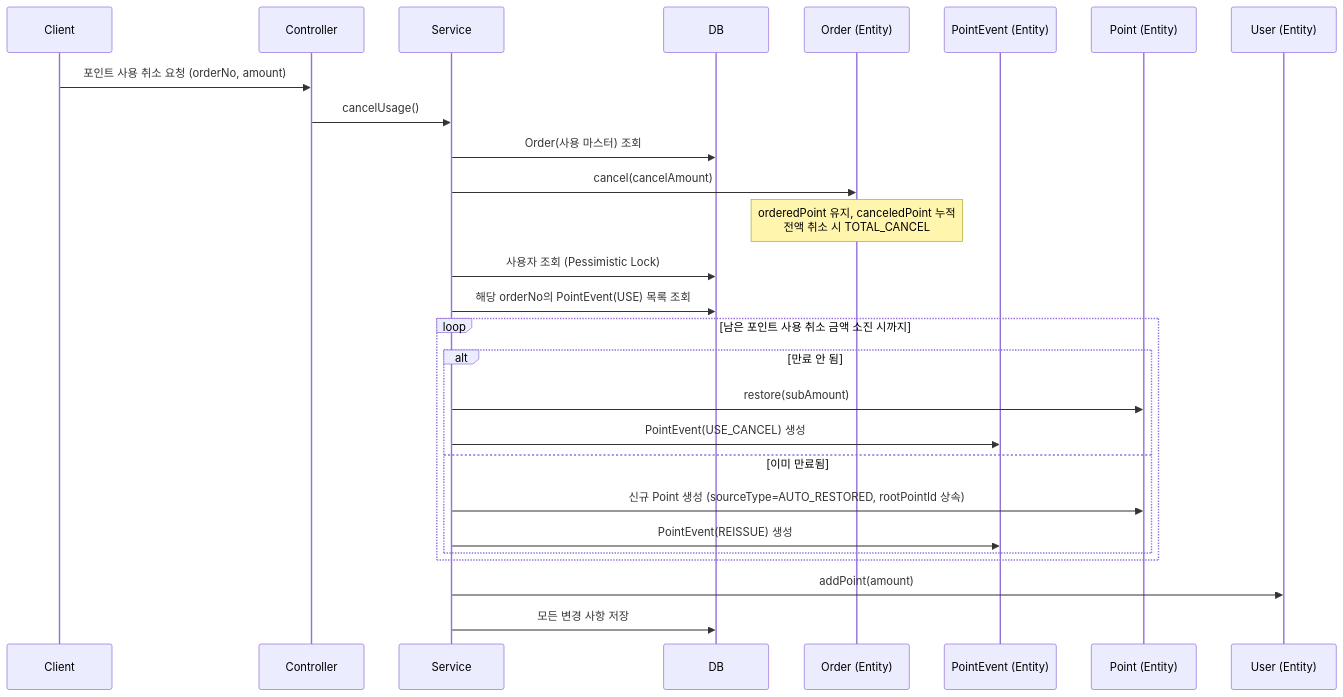
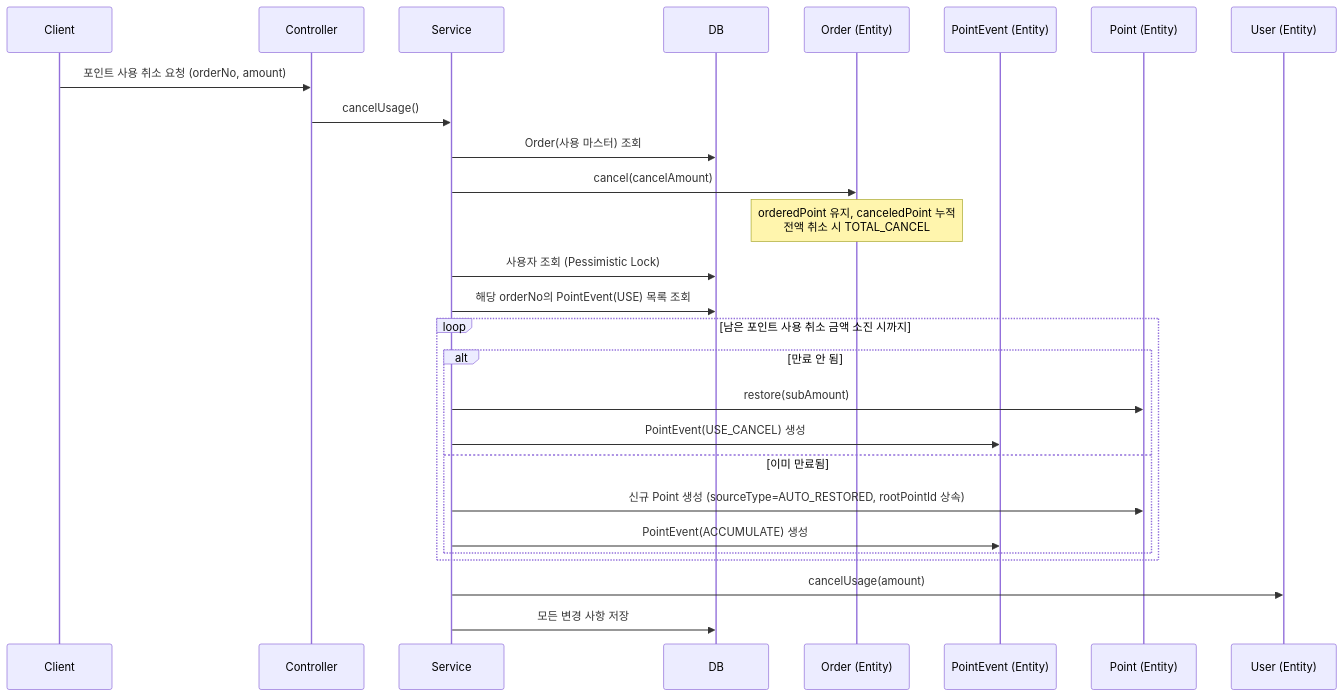
One commit to muzzaiwork/point changed the fifth of 5 diagrams in README.md. Above: the diagram before and after it, drawn with Mermaid. The commit also changed other lines of this file and 1 other file, not shown here.

Commit message:
포인트 적립 API 문서 정리 (pointSourceType, accumulatePoint, pointEventType 반영)

````diff
--- a/README.md
+++ b/README.md
@@ -440,30 +440,30 @@
 ```mermaid
 sequenceDiagram
     participant Client
     participant Controller
     participant Service
     participant DB
     participant OrderEntity as Order (Entity)
     participant EventEntity as PointEvent (Entity)
     participant PointEntity as Point (Entity)
     participant UserEntity as User (Entity)
 
     Client->>Controller: 포인트 사용 취소 요청 (orderNo, amount)
     Controller->>Service: cancelUsage()
     Service->>DB: Order(사용 마스터) 조회
     Service->>OrderEntity: cancel(cancelAmount)
     Note over OrderEntity: orderedPoint 유지, canceledPoint 누적<br/>전액 취소 시 TOTAL_CANCEL
     Service->>DB: 사용자 조회 (Pessimistic Lock)
     Service->>DB: 해당 orderNo의 PointEvent(USE) 목록 조회
     loop 남은 포인트 사용 취소 금액 소진 시까지
         alt 만료 안 됨
             Service->>PointEntity: restore(subAmount)
             Service->>EventEntity: PointEvent(USE_CANCEL) 생성
         else 이미 만료됨
             Service->>PointEntity: 신규 Point 생성 (sourceType=AUTO_RESTORED, rootPointId 상속)
-            Service->>EventEntity: PointEvent(REISSUE) 생성
+            Service->>EventEntity: PointEvent(ACCUMULATE) 생성
         end
     end
-    Service->>UserEntity: addPoint(amount)
+    Service->>UserEntity: cancelUsage(amount)
     Service->>DB: 모든 변경 사항 저장
 ```
````
